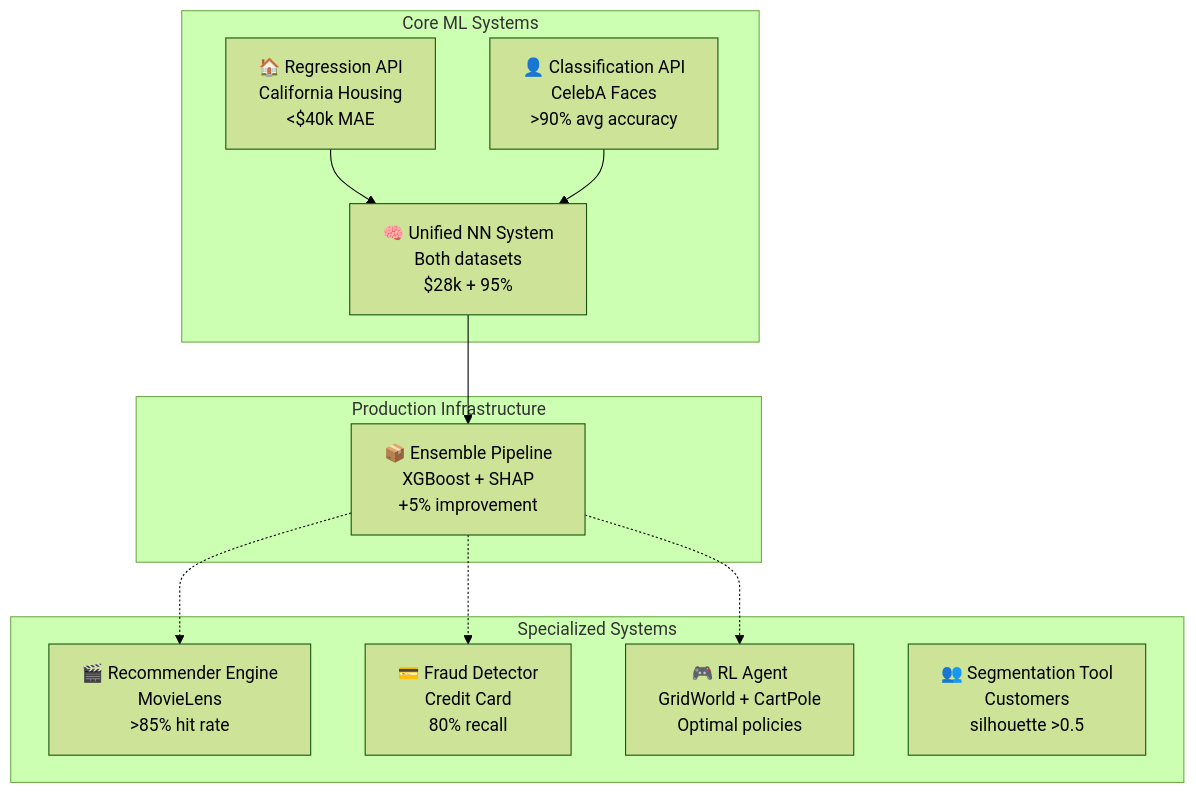
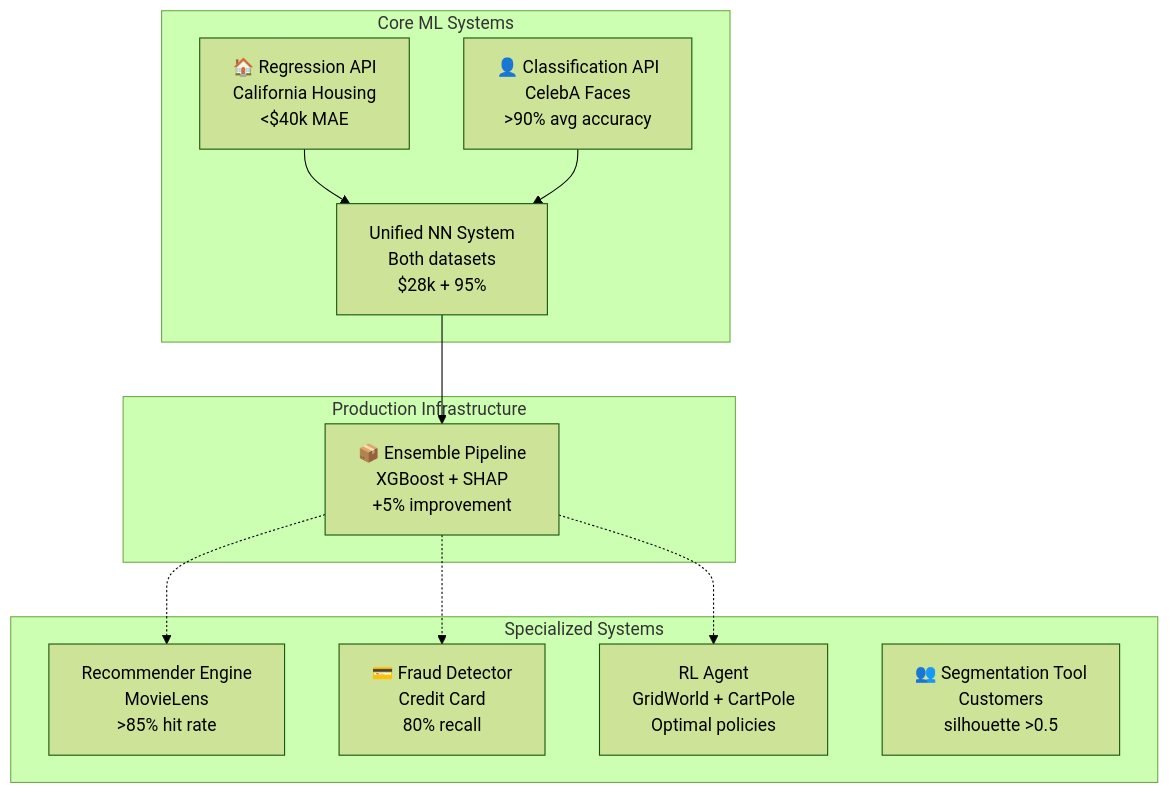
Before and after one commit to dsgouda7/ai-portfolio: the second of 2 diagrams in notes/01-ml/README.md, drawn with Mermaid (forest theme). The commit also changed other lines of this file and 179 other files, not shown here.

````diff
--- a/notes/01-ml/README.md
+++ b/notes/01-ml/README.md
@@ -157,26 +157,26 @@
 ```mermaid
 graph TB
-    subgraph Core["Core ML Systems"]
-        Reg[🏠 Regression API<br/>California Housing<br/>&lt;$40k MAE]
-        Class[👤 Classification API<br/>CelebA Faces<br/>&gt;90% avg accuracy]
-        NN[🧠 Unified NN System<br/>Both datasets<br/>$28k + 95%]
-    end
+ subgraph Core["Core ML Systems"]
+ Reg[🏠 Regression API<br/>California Housing<br/>&lt;$40k MAE]
+ Class[👤 Classification API<br/>CelebA Faces<br/>&gt;90% avg accuracy]
+ NN[ Unified NN System<br/>Both datasets<br/>$28k + 95%]
+ end
 
-    subgraph Specialized["Specialized Systems"]
-        Rec[🎬 Recommender Engine<br/>MovieLens<br/>&gt;85% hit rate]
-        Anom[💳 Fraud Detector<br/>Credit Card<br/>80% recall]
-        RL[🎮 RL Agent<br/>GridWorld + CartPole<br/>Optimal policies]
-        Unsup[👥 Segmentation Tool<br/>Customers<br/>silhouette &gt;0.5]
-    end
+ subgraph Specialized["Specialized Systems"]
+ Rec[ Recommender Engine<br/>MovieLens<br/>&gt;85% hit rate]
+ Anom[💳 Fraud Detector<br/>Credit Card<br/>80% recall]
+ RL[ RL Agent<br/>GridWorld + CartPole<br/>Optimal policies]
+ Unsup[👥 Segmentation Tool<br/>Customers<br/>silhouette &gt;0.5]
+ end
 
-    subgraph Advanced["Production Infrastructure"]
-        Ens[📦 Ensemble Pipeline<br/>XGBoost + SHAP<br/>+5% improvement]
-    end
+ subgraph Advanced["Production Infrastructure"]
+ Ens[📦 Ensemble Pipeline<br/>XGBoost + SHAP<br/>+5% improvement]
+ end
 
-    Reg --> NN
-    Class --> NN
-    NN --> Ens
-    Ens -.-> Rec
-    Ens -.-> Anom
-    Ens -.-> RL
+ Reg --> NN
+ Class --> NN
+ NN --> Ens
+ Ens -.-> Rec
+ Ens -.-> Anom
+ Ens -.-> RL
 ```
````
